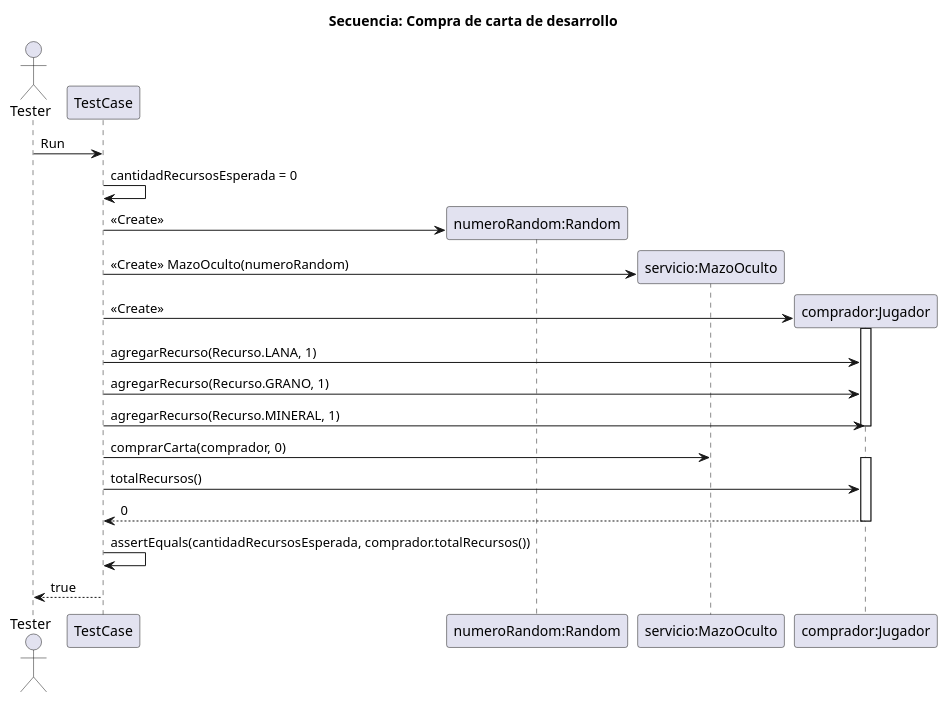
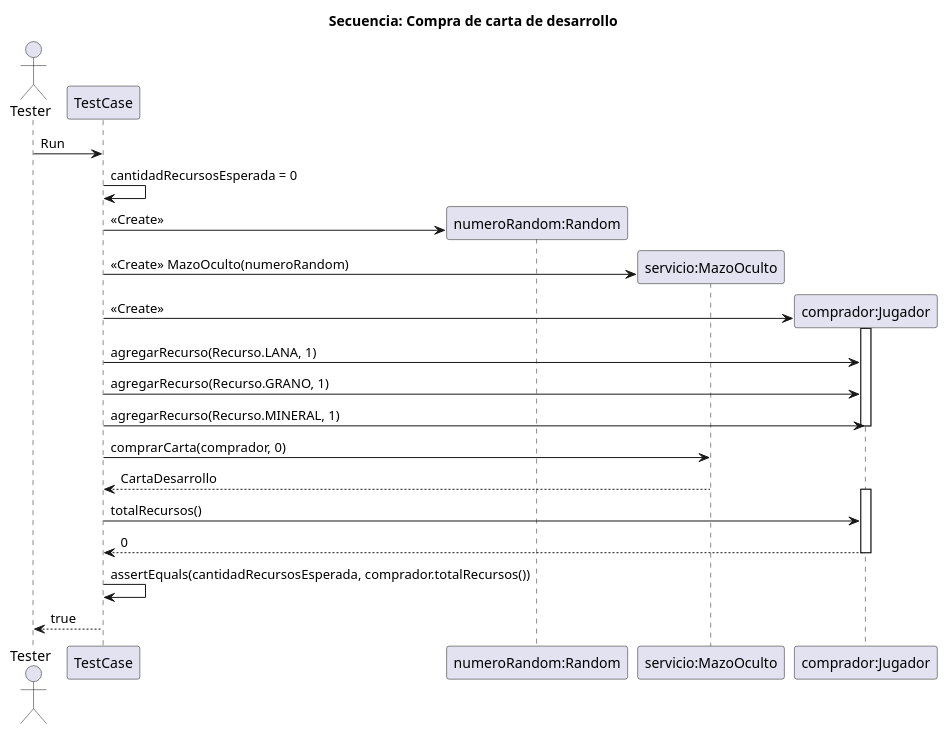
One commit to MaurizioG28/algo3_proyecto_base_tp2 changed the diagram in diagrams/ENTREGA N°2/sequences/Tp2_Diagrama_Secuencia_CartaDesarrolloCompra.puml. Above: the diagram before and after it, drawn with PlantUML.

Commit message:
Diagrama secuencia carta desarrollo

```diff
--- a/diagrams/ENTREGA N°2/sequences/Tp2_Diagrama_Secuencia_CartaDesarrolloCompra.puml
+++ b/diagrams/ENTREGA N°2/sequences/Tp2_Diagrama_Secuencia_CartaDesarrolloCompra.puml
@@ -1,35 +1,36 @@
 @startuml
 'https://plantuml.com/sequence-diagram'
 
 title Secuencia: Compra de carta de desarrollo
 
 Actor Tester
 
 Tester -> TestCase: Run
 
 Participant TestCase
 TestCase -> TestCase: cantidadRecursosEsperada = 0
 create "numeroRandom:Random" as random
 TestCase -> random: <<Create>>
 create "servicio:MazoOculto" as servicio
 TestCase -> servicio: <<Create>> MazoOculto(numeroRandom)
 create "comprador:Jugador" as comprador
 TestCase -> comprador: <<Create>>
 
 activate comprador
 TestCase -> comprador: agregarRecurso(Recurso.LANA, 1)
 TestCase -> comprador: agregarRecurso(Recurso.GRANO, 1)
 TestCase -> comprador: agregarRecurso(Recurso.MINERAL, 1)
 deactivate comprador
 
 TestCase -> servicio: comprarCarta(comprador, 0)
+servicio --> TestCase: CartaDesarrollo
 
 activate comprador
 TestCase -> comprador: totalRecursos()
 comprador --> TestCase: 0
 deactivate comprador
 
 TestCase -> TestCase: assertEquals(cantidadRecursosEsperada, comprador.totalRecursos())
 TestCase --> Tester: true
 
 @enduml
```
